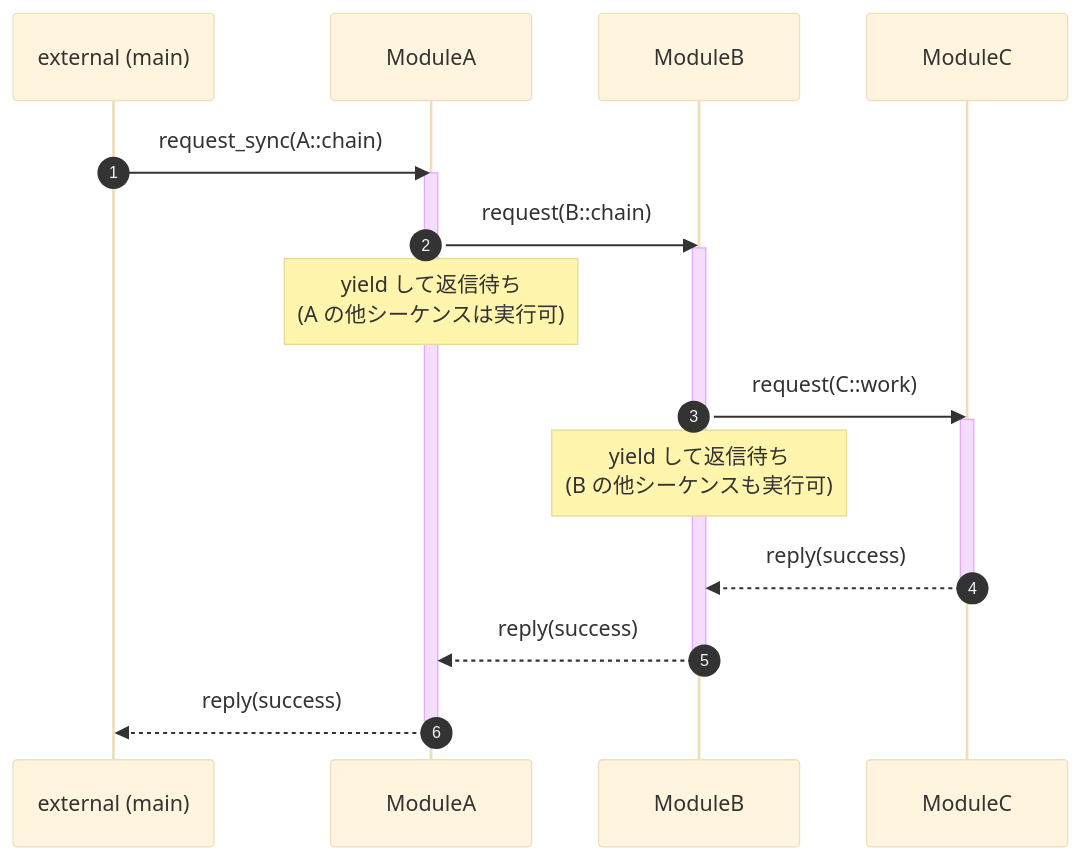
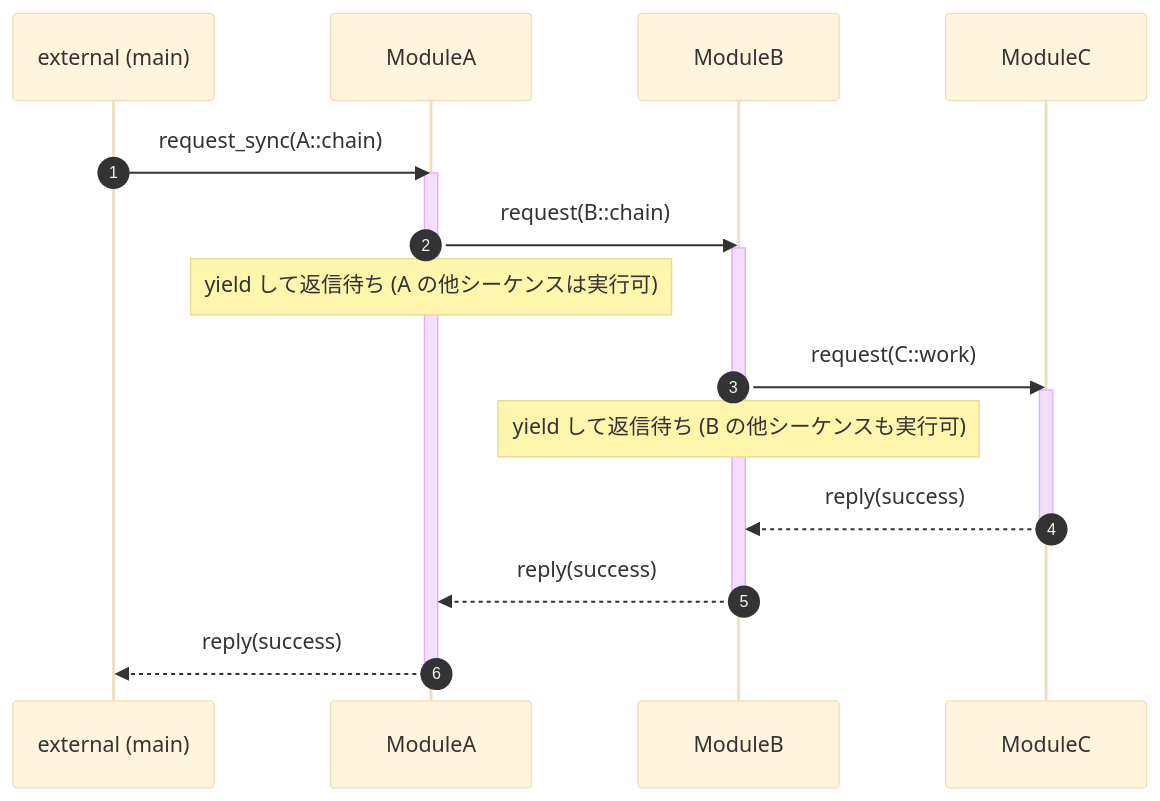
Before and after one commit to ysan/coseq: the first of 3 diagrams in README.ja.md, drawn with Mermaid (base theme). The commit also changed other lines of this file and 1 other file, not shown here.

Commit message:
docs: fix mermaid notes (remove <br/> that broke GitHub rendering)

````diff
--- a/README.ja.md
+++ b/README.ja.md
@@ -117,23 +117,23 @@
 ```mermaid
 sequenceDiagram
     autonumber
     participant M as external (main)
     participant A as ModuleA
     participant B as ModuleB
     participant C as ModuleC
 
     M->>A: request_sync(A::chain)
     activate A
     A->>B: request(B::chain)
     activate B
-    Note over A: yield して返信待ち<br/>(A の他シーケンスは実行可)
+    Note over A: yield して返信待ち (A の他シーケンスは実行可)
     B->>C: request(C::work)
     activate C
-    Note over B: yield して返信待ち<br/>(B の他シーケンスも実行可)
+    Note over B: yield して返信待ち (B の他シーケンスも実行可)
     C-->>B: reply(success)
     deactivate C
     B-->>A: reply(success)
     deactivate B
     A-->>M: reply(success)
     deactivate A
 ```
````
